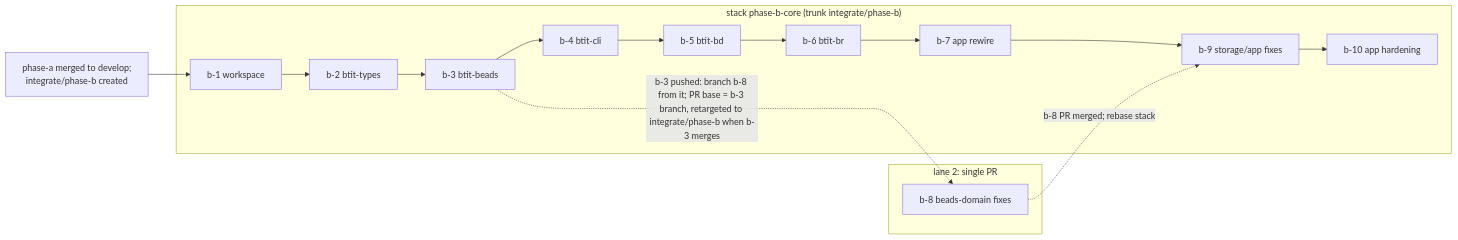
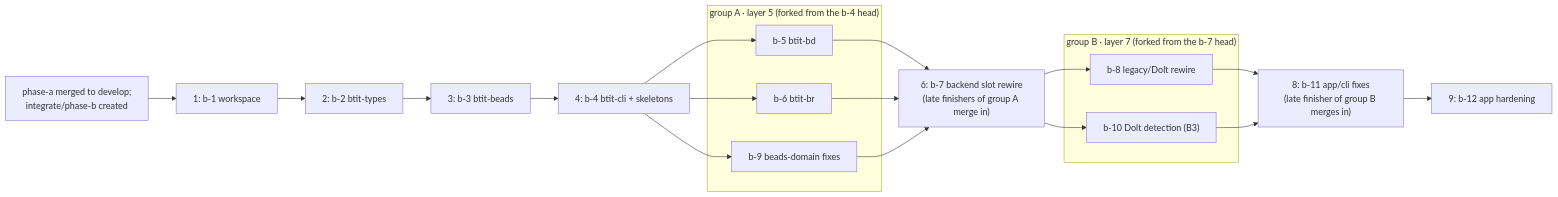
One commit to randlee/beads-task-issue-tracker changed the second of 2 diagrams in docs/plans/phase-b/plan-phase-b.md. Above: the diagram before and after it, drawn with Mermaid. The commit also changed other lines of this file and 12 other files, not shown here.

````diff
--- a/docs/plans/phase-b/plan-phase-b.md
+++ b/docs/plans/phase-b/plan-phase-b.md
@@ -263,12 +267,25 @@
 ```mermaid
 flowchart LR
   PA["phase-a merged to develop;<br/>integrate/phase-b created"] --> B1
-  subgraph core["stack phase-b-core (trunk integrate/phase-b)"]
-    B1["b-1 workspace"] --> B2["b-2 btit-types"] --> B3["b-3 btit-beads"] --> B4["b-4 btit-cli"] --> B5["b-5 btit-bd"] --> B6["b-6 btit-br"] --> B7["b-7 app rewire"] --> B9["b-9 storage/app fixes"] --> B10["b-10 app hardening"]
+  B1["1: b-1 workspace"] --> B2["2: b-2 btit-types"] --> B3["3: b-3 btit-beads"] --> B4["4: b-4 btit-cli + skeletons"]
+  subgraph GA["group A · layer 5 (forked from the b-4 head)"]
+    B5["b-5 btit-bd"]
+    B6["b-6 btit-br"]
+    B9["b-9 beads-domain fixes"]
   end
-  subgraph lane2["lane 2: single PR"]
-    B8["b-8 beads-domain fixes"]
+  B4 --> B5
+  B4 --> B6
+  B4 --> B9
+  B5 --> B7["6: b-7 backend slot rewire<br/>(late finishers of group A merge in)"]
+  B6 --> B7
+  B9 --> B7
+  subgraph GB["group B · layer 7 (forked from the b-7 head)"]
+    B8["b-8 legacy/Dolt rewire"]
+    B10["b-10 Dolt detection (B3)"]
   end
-  B3 -. "b-3 pushed: branch b-8 from it; PR base = b-3 branch, retargeted to integrate/phase-b when b-3 merges" .-> B8
-  B8 -. "b-8 PR merged; rebase stack" .-> B9
+  B7 --> B8
+  B7 --> B10
+  B8 --> B11["8: b-11 app/cli fixes<br/>(late finisher of group B merges in)"]
+  B10 --> B11
+  B11 --> B12["9: b-12 app hardening"]
 ```
````
